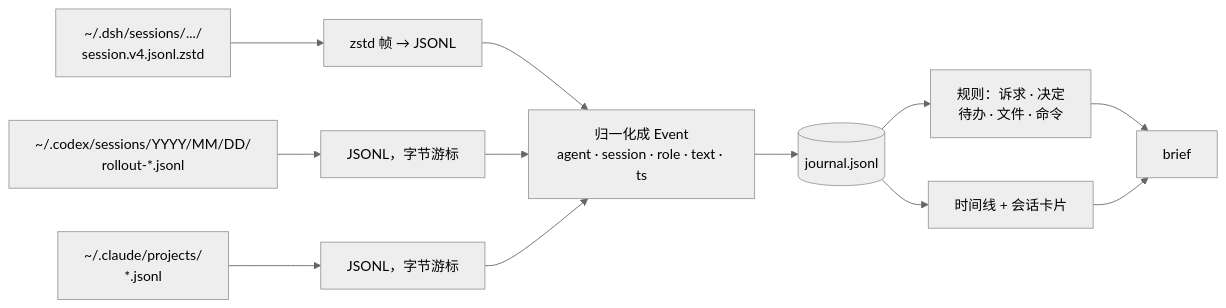
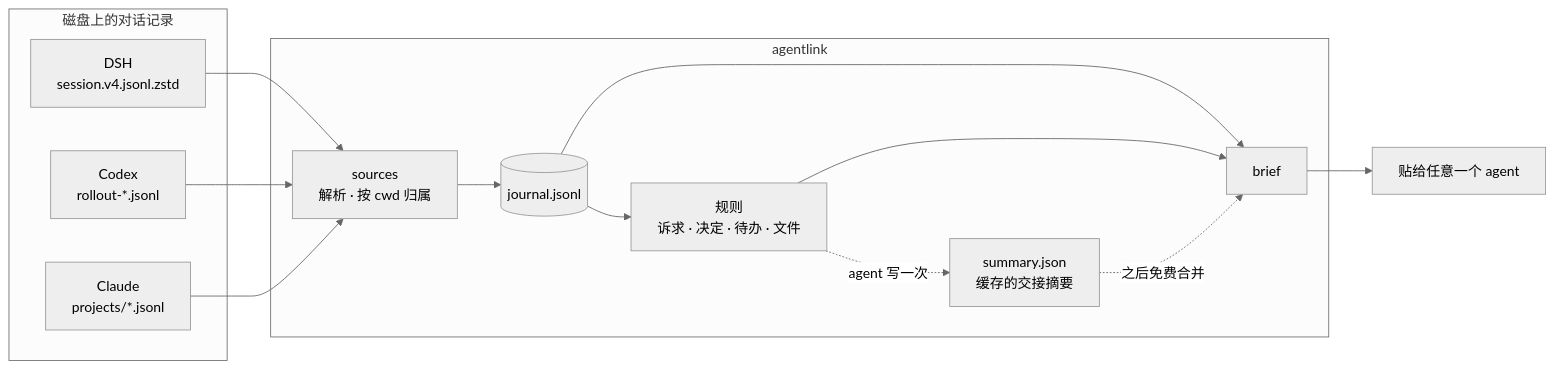
Before and after one commit to gougougouz/agent-context-bridge: the second of 2 diagrams in README.zh-CN.md, drawn with Mermaid (neutral theme). The commit also changed other lines of this file and 10 other files, not shown here.

````diff
--- a/README.zh-CN.md
+++ b/README.zh-CN.md
@@ -234,14 +145,27 @@
 ```mermaid
 flowchart LR
-    A["~/.dsh/sessions/.../<br/>session.v4.jsonl.zstd"] --> P1["zstd 帧 → JSONL"]
-    B["~/.codex/sessions/YYYY/MM/DD/<br/>rollout-*.jsonl"] --> P2["JSONL，字节游标"]
-    C["~/.claude/projects/<br/>*.jsonl"] --> P3["JSONL，字节游标"]
-    P1 --> N["归一化成 Event<br/>agent · session · role · text · ts"]
-    P2 --> N
-    P3 --> N
-    N --> J[("journal.jsonl")]
-    J --> R["规则：诉求 · 决定<br/>待办 · 文件 · 命令"]
-    J --> T["时间线 + 会话卡片"]
-    R --> B2["brief"]
-    T --> B2
+    subgraph disk["磁盘上的对话记录"]
+        D["DSH<br/>session.v4.jsonl.zstd"]
+        C["Codex<br/>rollout-*.jsonl"]
+        K["Claude<br/>projects/*.jsonl"]
+    end
+
+    subgraph tool["agentlink"]
+        S["sources<br/>解析 · 按 cwd 归属"]
+        J[("journal.jsonl")]
+        R["规则<br/>诉求 · 决定 · 待办 · 文件"]
+        M["summary.json<br/>缓存的交接摘要"]
+        B["brief"]
+    end
+
+    D --> S
+    C --> S
+    K --> S
+    S --> J
+    J --> R
+    J --> B
+    R --> B
+    R -.->|"agent 写一次"| M
+    M -.->|"之后免费合并"| B
+    B --> OUT["贴给任意一个 agent"]
 ```
````
